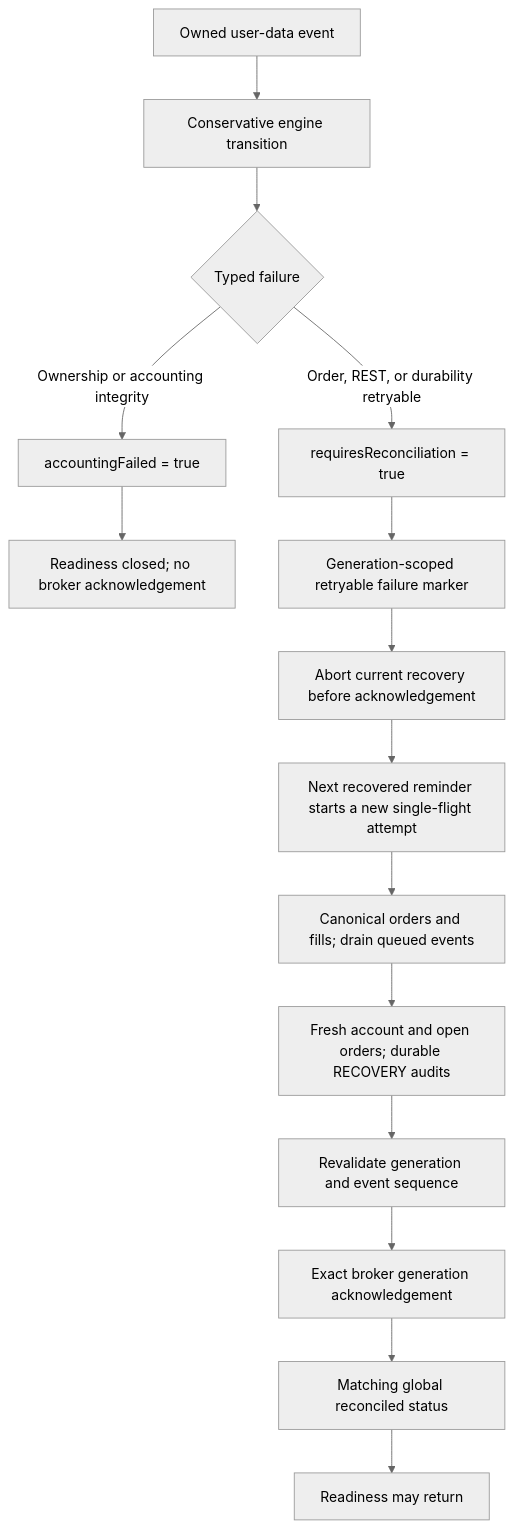
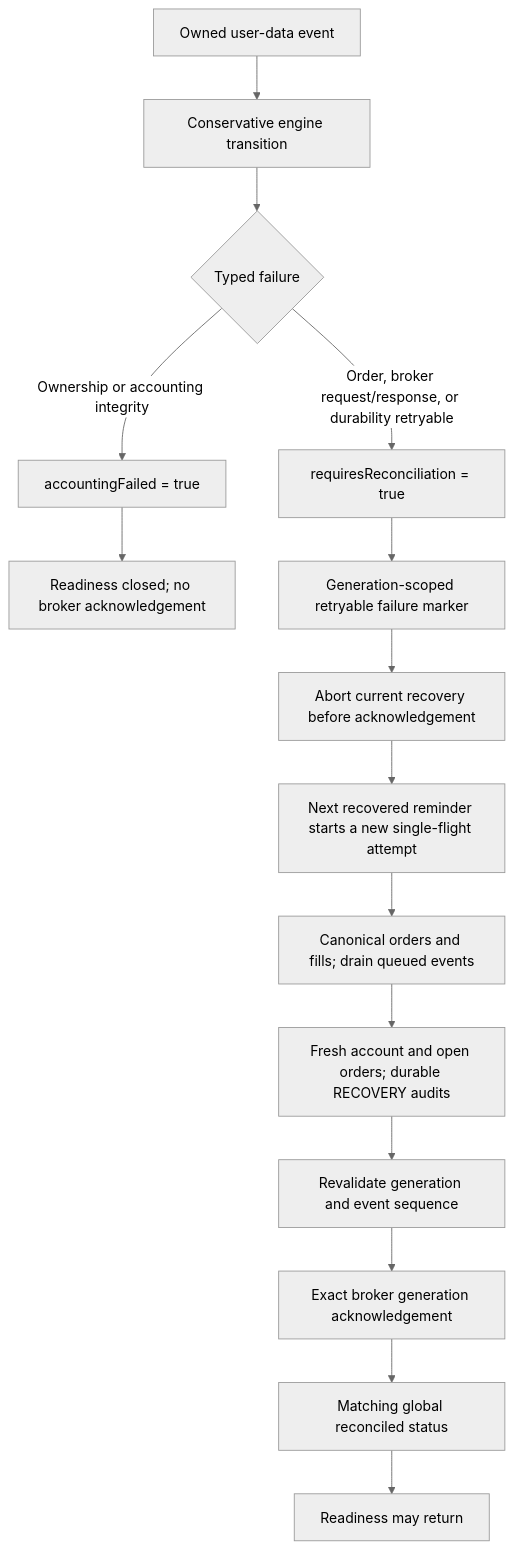
Before and after one commit to 45s/coinzilla: the diagram in apps/harvester/docs/architecture.md, drawn with Mermaid (neutral theme). The commit also changed other lines of this file, not shown here.

Commit message:
docs: align broker terminology with WebSocket API

````diff
--- a/apps/harvester/docs/architecture.md
+++ b/apps/harvester/docs/architecture.md
@@ -653,17 +654,17 @@
 ```mermaid
 flowchart TD
     A[Owned user-data event] --> B[Conservative engine transition]
     B --> C{Typed failure}
     C -->|Ownership or accounting integrity| D[accountingFailed = true]
-    C -->|Order, REST, or durability retryable| E[requiresReconciliation = true]
+    C -->|Order, broker request/response, or durability retryable| E[requiresReconciliation = true]
     D --> F[Readiness closed; no broker acknowledgement]
     E --> G[Generation-scoped retryable failure marker]
     G --> H[Abort current recovery before acknowledgement]
     H --> I[Next recovered reminder starts a new single-flight attempt]
     I --> J[Canonical orders and fills; drain queued events]
     J --> K[Fresh account and open orders; durable RECOVERY audits]
     K --> L[Revalidate generation and event sequence]
     L --> M[Exact broker generation acknowledgement]
     M --> N[Matching global reconciled status]
     N --> O[Readiness may return]
 ```
````
